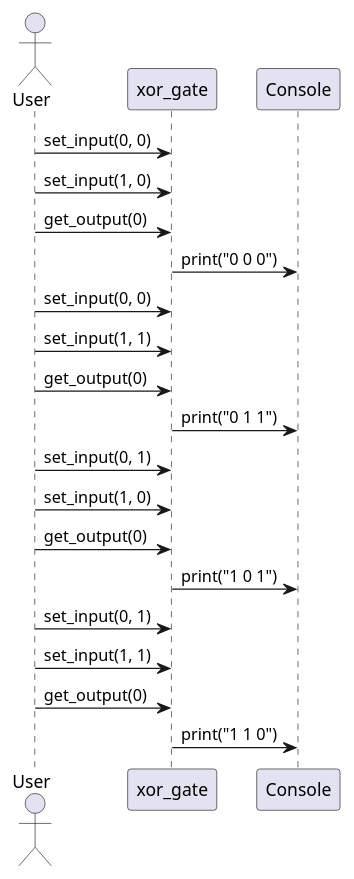
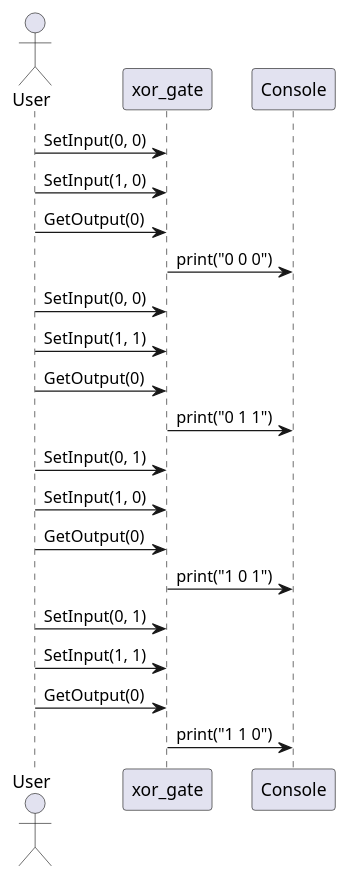
One commit to LynnTedjeAnna/OOP_T2 changed the diagram in Logic_Simulator/diagram/sequence.puml. Above: the diagram before and after it, drawn with PlantUML. The commit also changed 21 other files, not shown here.

```diff
--- a/Logic_Simulator/diagram/sequence.puml
+++ b/Logic_Simulator/diagram/sequence.puml
@@ -1,28 +1,28 @@
 @startuml
 
 actor User
 
 participant "xor_gate" as XOR
 participant "Console" as Console
 
-User -> XOR : set_input(0, 0)
-User -> XOR : set_input(1, 0)
-User -> XOR : get_output(0)
+User -> XOR : SetInput(0, 0)
+User -> XOR : SetInput(1, 0)
+User -> XOR : GetOutput(0)
 XOR -> Console : print("0 0 0")
 
-User -> XOR : set_input(0, 0)
-User -> XOR : set_input(1, 1)
-User -> XOR : get_output(0)
+User -> XOR : SetInput(0, 0)
+User -> XOR : SetInput(1, 1)
+User -> XOR : GetOutput(0)
 XOR -> Console : print("0 1 1")
 
-User -> XOR : set_input(0, 1)
-User -> XOR : set_input(1, 0)
-User -> XOR : get_output(0)
+User -> XOR : SetInput(0, 1)
+User -> XOR : SetInput(1, 0)
+User -> XOR : GetOutput(0)
 XOR -> Console : print("1 0 1")
 
-User -> XOR : set_input(0, 1)
-User -> XOR : set_input(1, 1)
-User -> XOR : get_output(0)
+User -> XOR : SetInput(0, 1)
+User -> XOR : SetInput(1, 1)
+User -> XOR : GetOutput(0)
 XOR -> Console : print("1 1 0")
 
 @enduml
```
